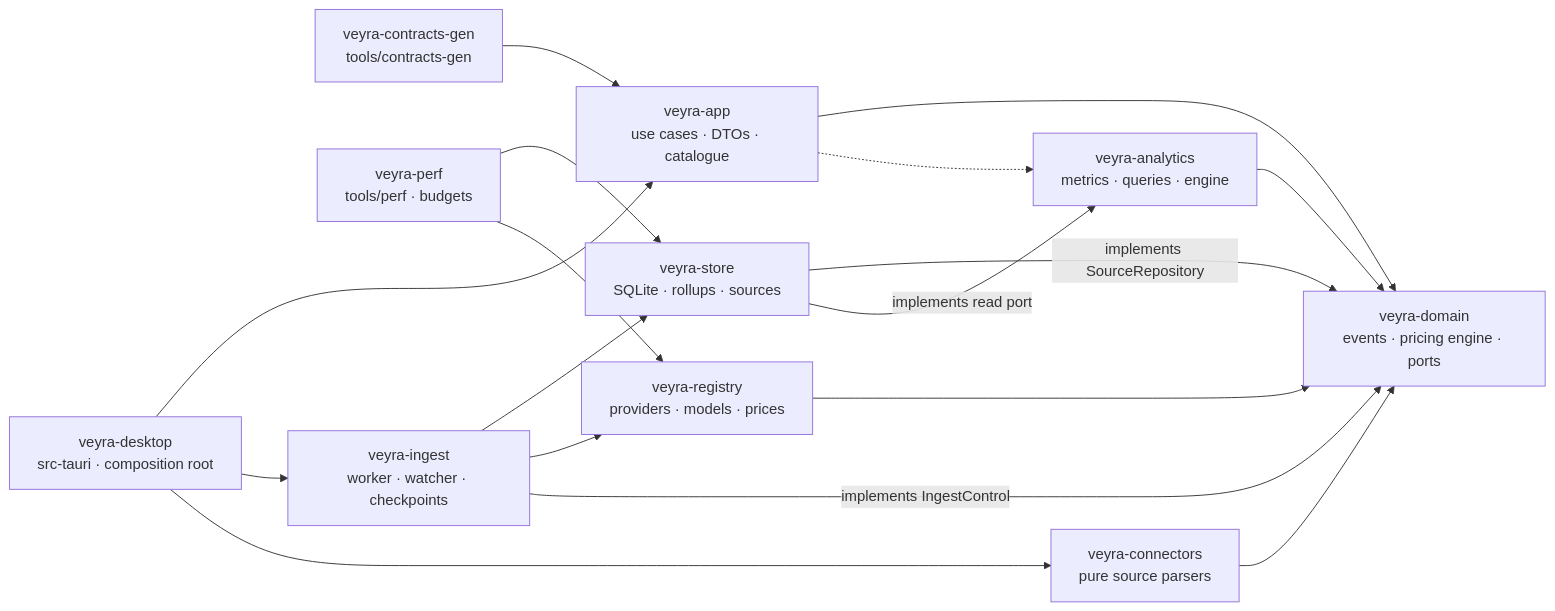
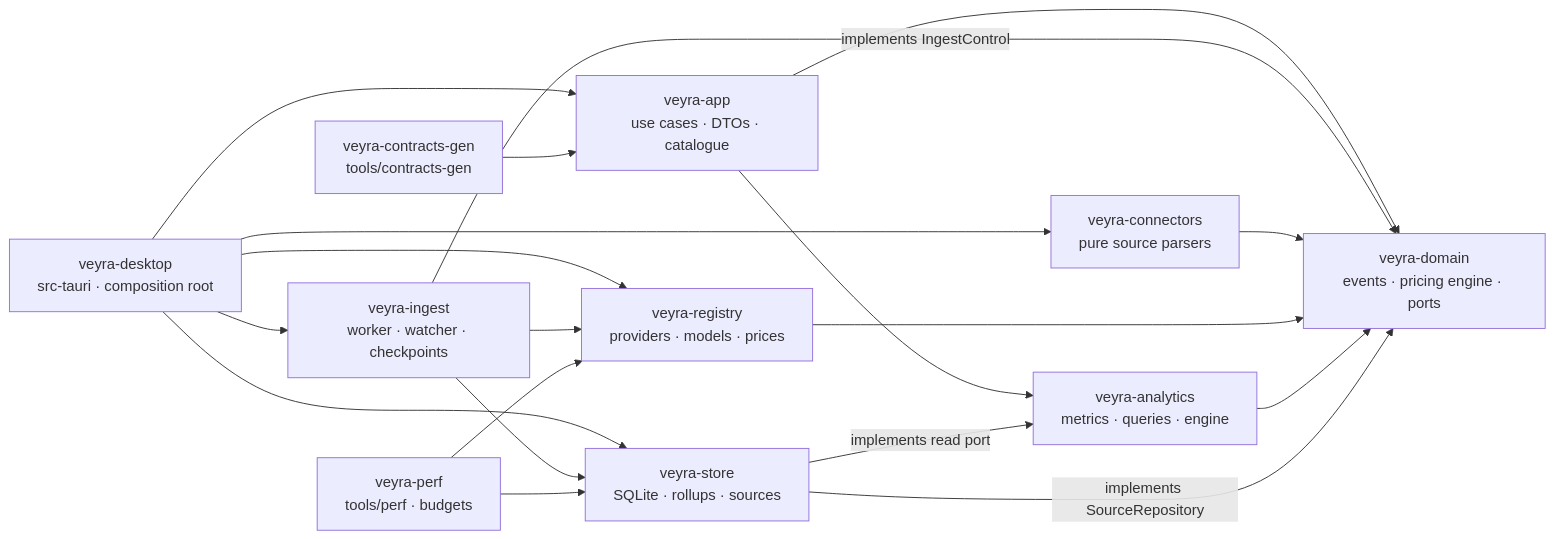
One commit to akanjb/VEYRA changed the fifth of 20 diagrams in README.md. Above: the diagram before and after it, drawn with Mermaid. The commit also changed other lines of this file and 5 other files, not shown here.

````diff
--- a/README.md
+++ b/README.md
@@ -257,30 +260,32 @@
 ```mermaid
 flowchart LR
   desktop[veyra-desktop<br/>src-tauri · composition root]
   app[veyra-app<br/>use cases · DTOs · catalogue]
   gen[veyra-contracts-gen<br/>tools/contracts-gen]
   perf[veyra-perf<br/>tools/perf · budgets]
   dom[veyra-domain<br/>events · pricing engine · ports]
   reg[veyra-registry<br/>providers · models · prices]
   ana[veyra-analytics<br/>metrics · queries · engine]
   sto[veyra-store<br/>SQLite · rollups · sources]
   con[veyra-connectors<br/>pure source parsers]
   ing[veyra-ingest<br/>worker · watcher · checkpoints]
 
   desktop --> app
   desktop --> ing
   desktop --> con
+  desktop --> reg
+  desktop --> sto
   gen --> app
   app --> dom
+  app --> ana
   ing --> sto
   ing --> reg
   ing -->|implements IngestControl| dom
   con --> dom
   reg --> dom
   ana --> dom
   sto -->|implements SourceRepository| dom
   sto -->|implements read port| ana
   perf --> sto
   perf --> reg
-  app -.-> ana
 ```
````
